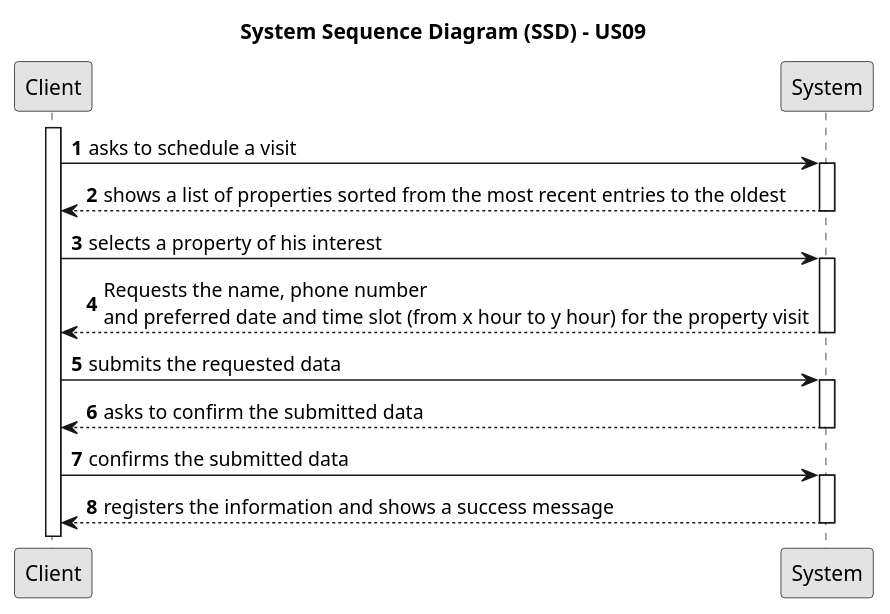
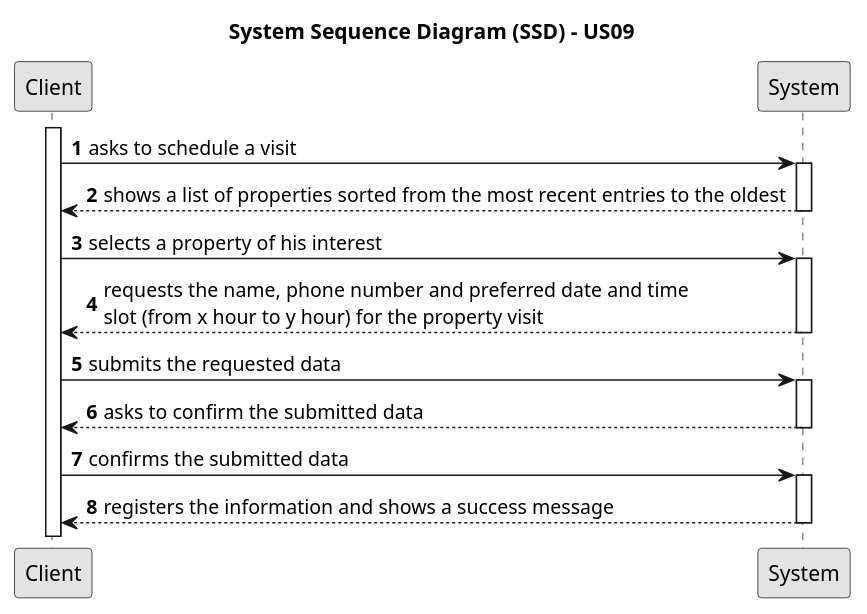
Before and after one commit to PureNimble/ISEP-LAPR2: the diagram in docs/sprintD/US09/01.requirements-engineering/puml/us09-system-sequence-diagram.puml, drawn with PlantUML. The commit also changed 8 other files, not shown here.

```diff
--- a/docs/sprintD/US09/01.requirements-engineering/puml/us09-system-sequence-diagram.puml
+++ b/docs/sprintD/US09/01.requirements-engineering/puml/us09-system-sequence-diagram.puml
@@ -1,43 +1,37 @@
 @startuml
 'https://plantuml.com/sequence-diagram
 skinparam monochrome true
 skinparam packageStyle rectangle
 skinparam shadowing false
 
 title System Sequence Diagram (SSD) - US09
 
 autonumber
 
 activate Client
 
 Client -> System: asks to schedule a visit
 activate System
 
 System --> Client: shows a list of properties sorted from the most recent entries to the oldest
 deactivate System
 
 Client -> System: selects a property of his interest
 activate System
 
-'System --> Client: asks to confirm the property selected
-'deactivate System
-'
-'Client -> System: Confirms the selected data
-'activate System
-
-System --> Client: Requests the name, phone number \nand preferred date and time slot (from x hour to y hour) for the property visit
+System --> Client: requests the name, phone number and preferred date and time\nslot (from x hour to y hour) for the property visit
 deactivate System
 
 Client -> System: submits the requested data
 activate System
 
 System --> Client: asks to confirm the submitted data
 deactivate System
 
 Client -> System: confirms the submitted data
 activate System
 
 System --> Client: registers the information and shows a success message
 deactivate System
 
 @enduml
```
